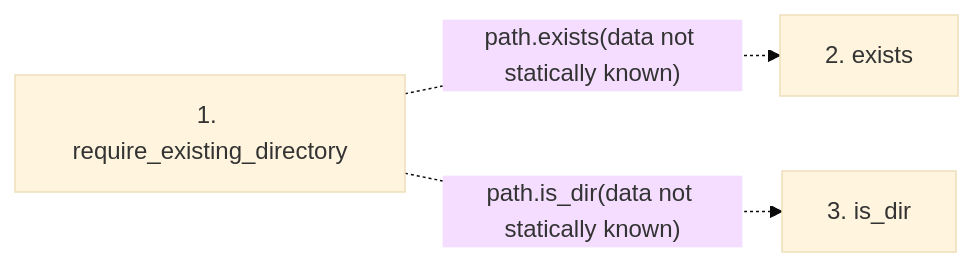
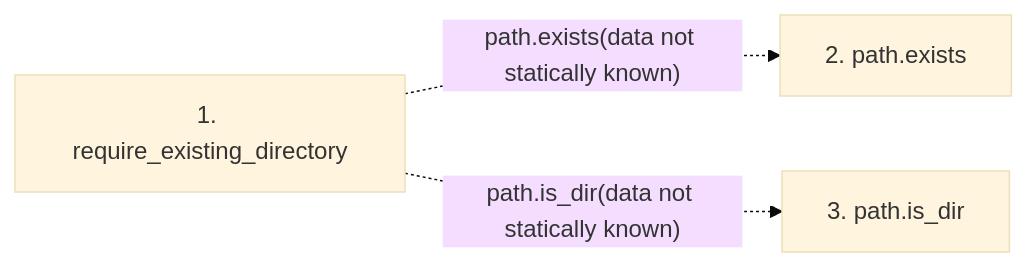
Before and after one commit to Denissvgn/python-wiki-llm: the second of 2 diagrams in docs/llm_wiki/flows/api-require_existing_directory.md, drawn with Mermaid (base theme). The commit also changed other lines of this file and 719 other files, not shown here.

````diff
--- a/docs/llm_wiki/flows/api-require_existing_directory.md
+++ b/docs/llm_wiki/flows/api-require_existing_directory.md
@@ -22,9 +22,9 @@
 ```mermaid
 flowchart LR
     s1["1. require_existing_directory"]
-    s2["2. exists"]
-    s3["3. is_dir"]
+    s2["2. path.exists"]
+    s3["3. path.is_dir"]
     s1 -. "path.exists(data not statically known)" .-> s2
     s1 -. "path.is_dir(data not statically known)" .-> s3
     click s1 "../modules/validation.md"
 ```
````
